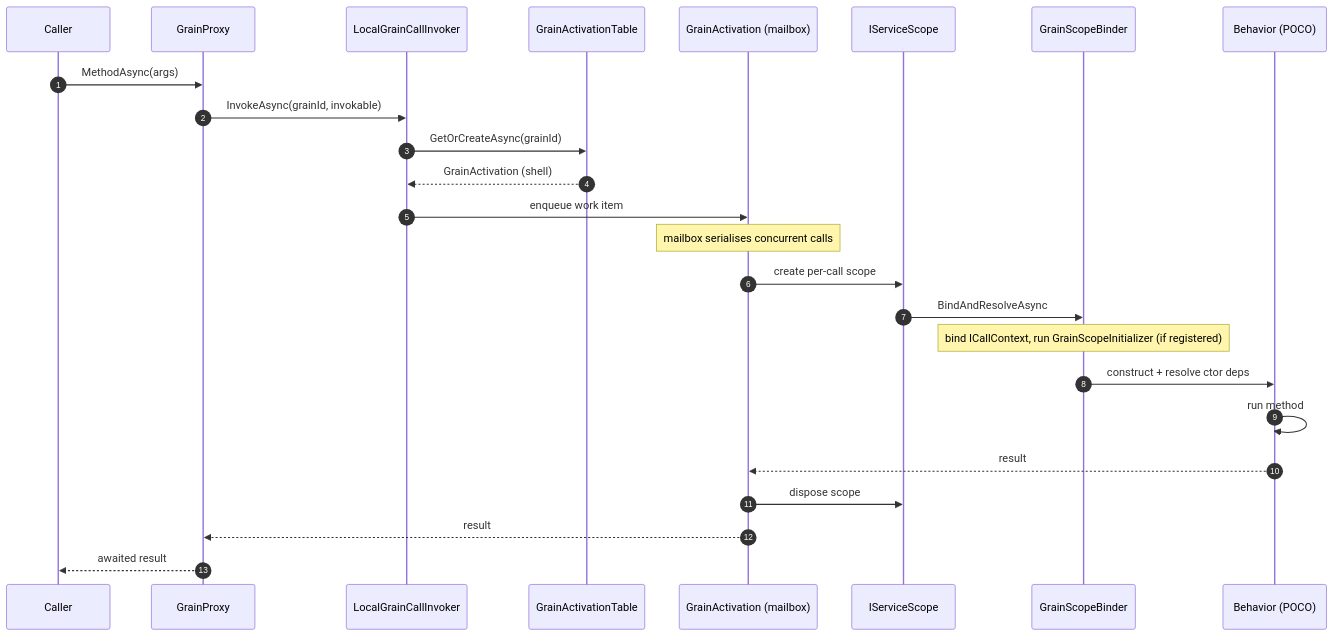
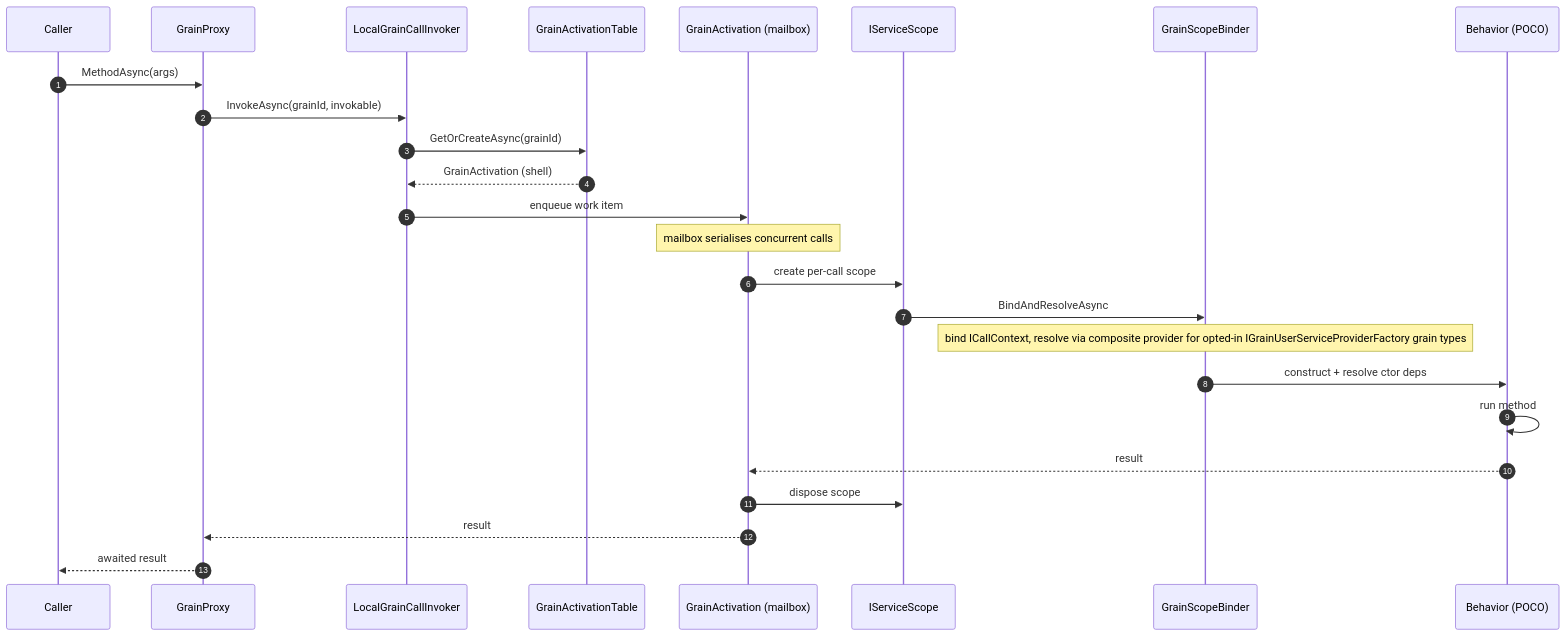
One commit to thnak/Quark changed the third of 5 diagrams in wiki/Architecture.md. Above: the diagram before and after it, drawn with Mermaid. The commit also changed other lines of this file and 4 other files, not shown here.

First line of the commit message:
Replace stale GrainScopeInitializer wiki references with the new opt-in factory

````diff
--- a/wiki/Architecture.md
+++ b/wiki/Architecture.md
@@ -137,28 +137,28 @@
 ```mermaid
 sequenceDiagram
     autonumber
     participant App as Caller
     participant Proxy as GrainProxy
     participant Inv as LocalGrainCallInvoker
     participant Tbl as GrainActivationTable
     participant Shell as GrainActivation (mailbox)
     participant Scope as IServiceScope
     participant Binder as GrainScopeBinder
     participant Beh as Behavior (POCO)
 
     App->>Proxy: MethodAsync(args)
     Proxy->>Inv: InvokeAsync(grainId, invokable)
     Inv->>Tbl: GetOrCreateAsync(grainId)
     Tbl-->>Inv: GrainActivation (shell)
     Inv->>Shell: enqueue work item
     Note over Shell: mailbox serialises concurrent calls
     Shell->>Scope: create per-call scope
     Scope->>Binder: BindAndResolveAsync
-    Note over Binder: bind ICallContext, run GrainScopeInitializer (if registered)
+    Note over Binder: bind ICallContext, resolve via composite provider for opted-in IGrainUserServiceProviderFactory grain types
     Binder->>Beh: construct + resolve ctor deps
     Beh->>Beh: run method
     Beh-->>Shell: result
     Shell->>Scope: dispose scope
     Shell-->>Proxy: result
     Proxy-->>App: awaited result
 ```
````
